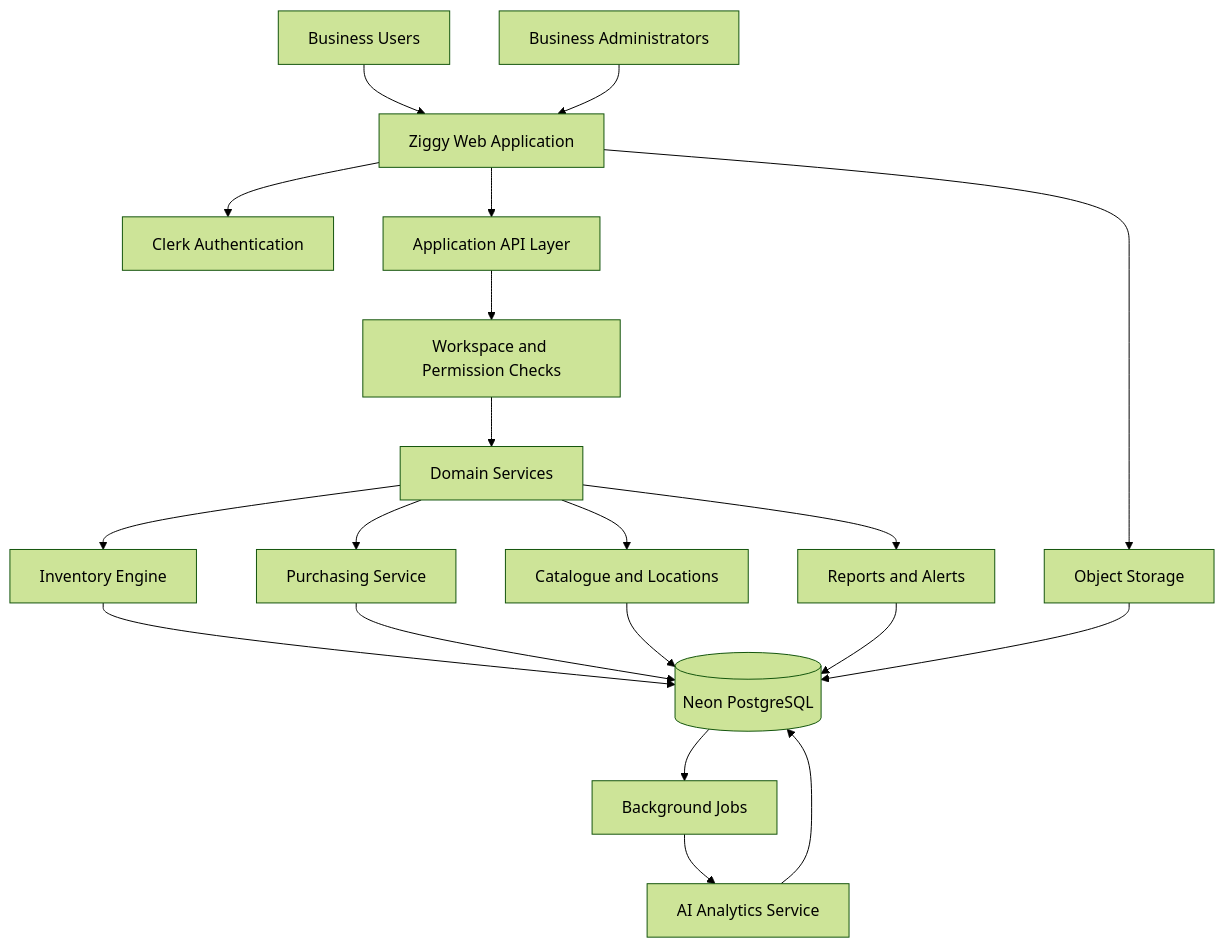
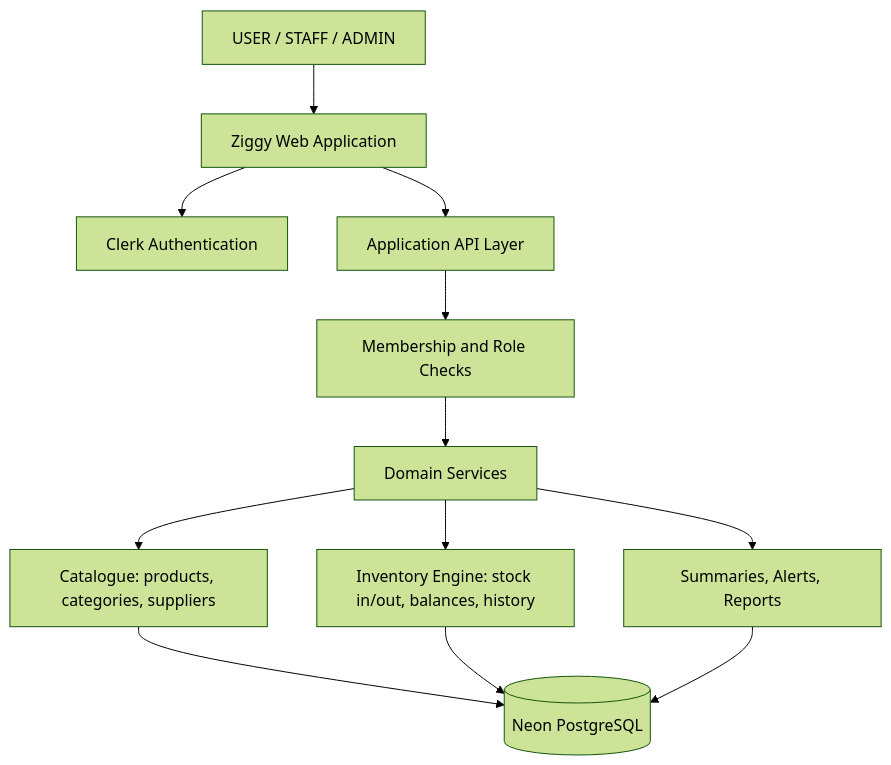
Before and after one commit to SnippetTechie/Ziggy: the diagram in Project Requirements/system-architecture.md, drawn with Mermaid (forest theme). The commit also changed other lines of this file and 9 other files, not shown here.

````diff
--- a/Project Requirements/system-architecture.md
+++ b/Project Requirements/system-architecture.md
@@ -41,28 +44,18 @@
 ```mermaid
 flowchart TD
-    U[Business Users] --> W[Ziggy Web Application]
-    A[Business Administrators] --> W
+    U[USER / STAFF / ADMIN] --> W[Ziggy Web Application]
 
     W --> C[Clerk Authentication]
     W --> API[Application API Layer]
 
-    API --> AUTH[Workspace and Permission Checks]
+    API --> AUTH[Membership and Role Checks]
     AUTH --> S[Domain Services]
 
-    S --> INV[Inventory Engine]
-    S --> PUR[Purchasing Service]
-    S --> CAT[Catalogue and Locations]
-    S --> REP[Reports and Alerts]
+    S --> CAT[Catalogue: products, categories, suppliers]
+    S --> INV[Inventory Engine: stock in/out, balances, history]
+    S --> REP[Summaries, Alerts, Reports]
 
-    INV --> DB[(Neon PostgreSQL)]
-    PUR --> DB
-    CAT --> DB
+    CAT --> DB[(Neon PostgreSQL)]
+    INV --> DB
     REP --> DB
-
-    W --> OBJ[Object Storage]
-    OBJ --> DB
-
-    DB --> JOB[Background Jobs]
-    JOB --> AI[AI Analytics Service]
-    AI --> DB
 ```
````
